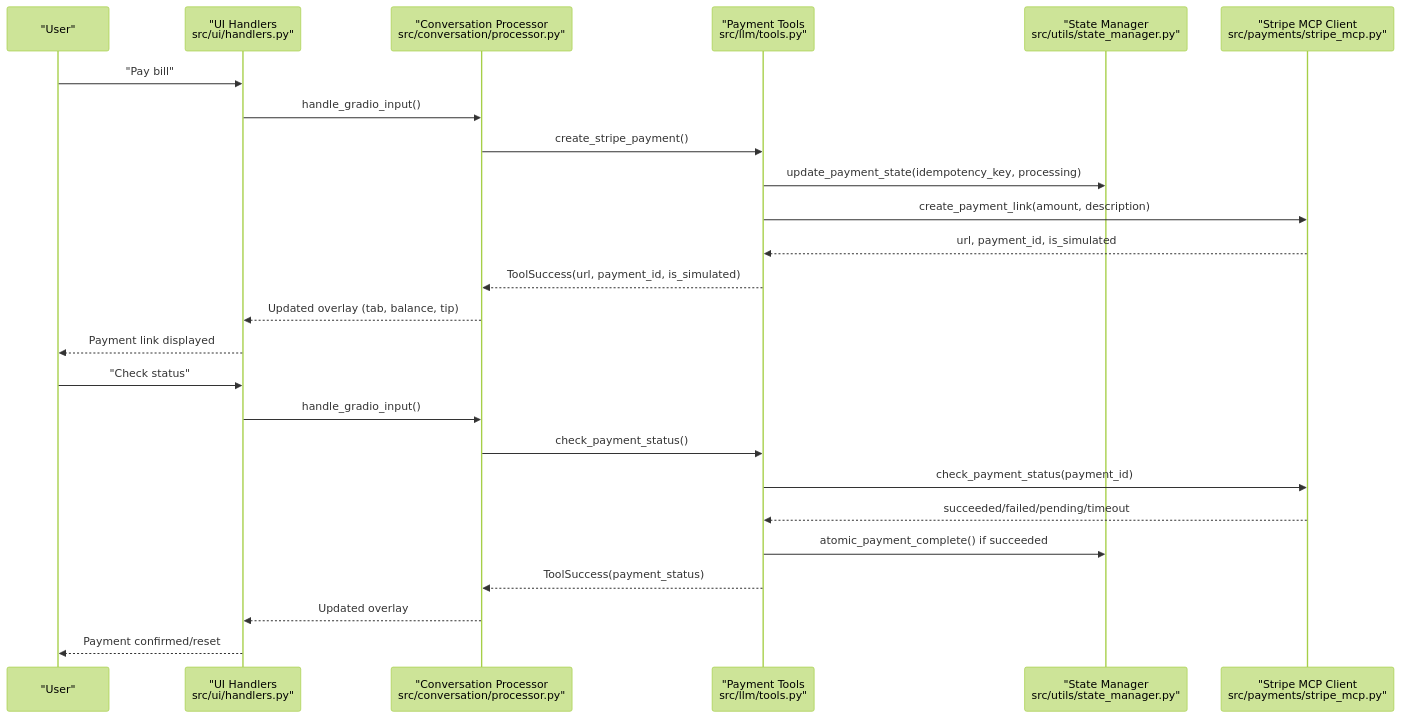
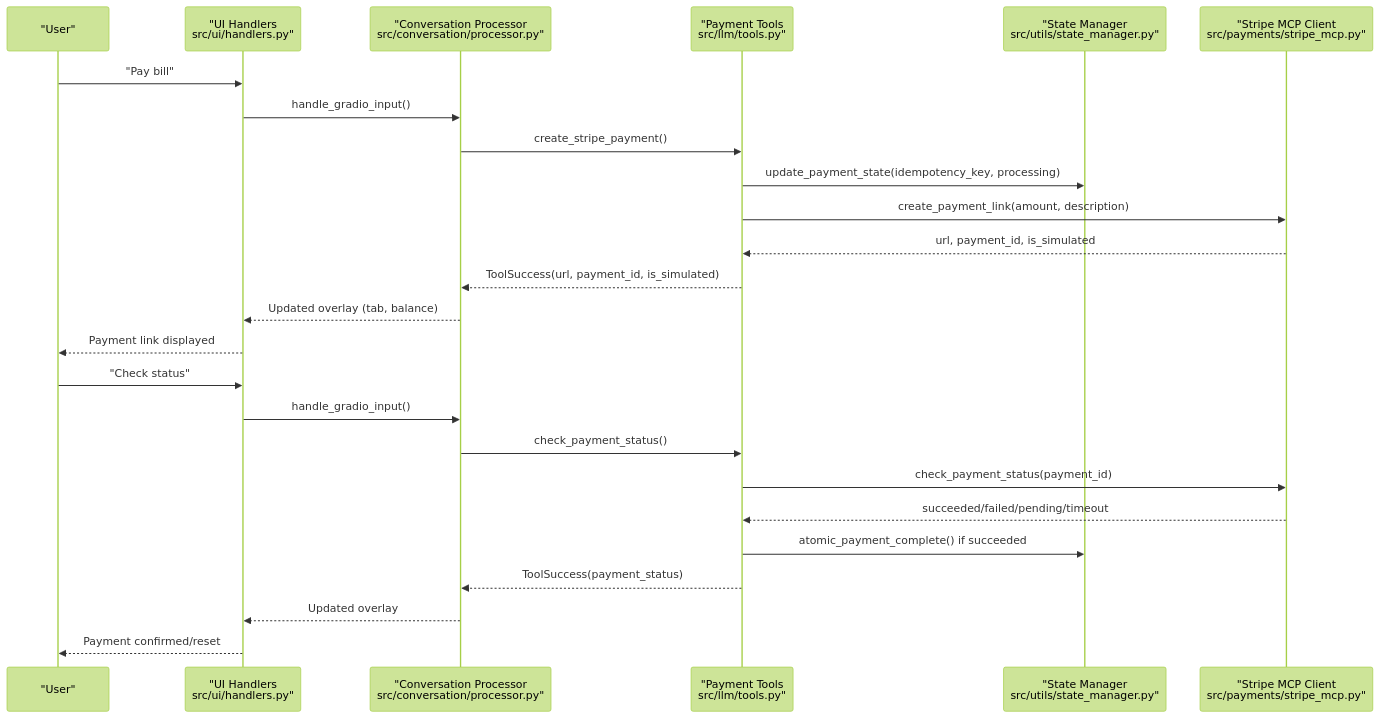
One commit to MOK-5-ha/MayaMCP changed the second of 6 diagrams in .qoder/repowiki/en/content/Payment Processing System/Payment Workflow.md. Above: the diagram before and after it, drawn with Mermaid (forest theme). The commit also changed other lines of this file and 27 other files, not shown here.

````diff
--- a/.qoder/repowiki/en/content/Payment Processing System/Payment Workflow.md
+++ b/.qoder/repowiki/en/content/Payment Processing System/Payment Workflow.md
@@ -121,27 +131,27 @@
 ```mermaid
 sequenceDiagram
 participant User as "User"
 participant UI as "UI Handlers<br/>src/ui/handlers.py"
 participant Proc as "Conversation Processor<br/>src/conversation/processor.py"
 participant Tools as "Payment Tools<br/>src/llm/tools.py"
 participant State as "State Manager<br/>src/utils/state_manager.py"
 participant Stripe as "Stripe MCP Client<br/>src/payments/stripe_mcp.py"
 User->>UI : "Pay bill"
 UI->>Proc : handle_gradio_input()
 Proc->>Tools : create_stripe_payment()
 Tools->>State : update_payment_state(idempotency_key, processing)
 Tools->>Stripe : create_payment_link(amount, description)
 Stripe-->>Tools : url, payment_id, is_simulated
 Tools-->>Proc : ToolSuccess(url, payment_id, is_simulated)
-Proc-->>UI : Updated overlay (tab, balance, tip)
+Proc-->>UI : Updated overlay (tab, balance)
 UI-->>User : Payment link displayed
 User->>UI : "Check status"
 UI->>Proc : handle_gradio_input()
 Proc->>Tools : check_payment_status()
 Tools->>Stripe : check_payment_status(payment_id)
 Stripe-->>Tools : succeeded/failed/pending/timeout
 Tools->>State : atomic_payment_complete() if succeeded
 Tools-->>Proc : ToolSuccess(payment_status)
 Proc-->>UI : Updated overlay
 UI-->>User : Payment confirmed/reset
 ```
````
